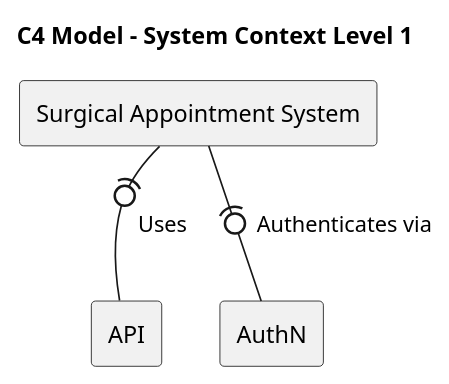
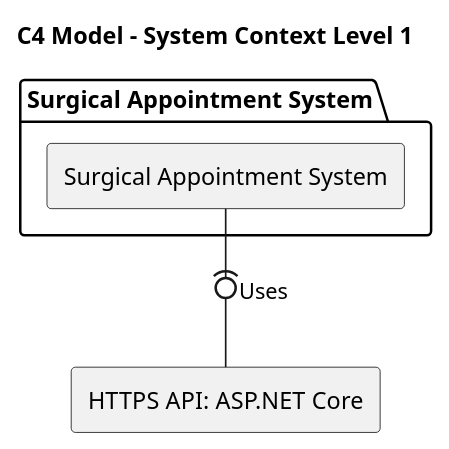
Before and after one commit to Departamento-de-Engenharia-Informatica/lapr5-24-25-g065: the diagram in docs/global-artifacts/C4model/level1.puml, drawn with PlantUML. The commit also changed 2 other files, not shown here.

```diff
--- a/docs/global-artifacts/C4model/level1.puml
+++ b/docs/global-artifacts/C4model/level1.puml
@@ -1,15 +1,13 @@
 @startuml
 
 title C4 Model - System Context Level 1
+package "Surgical Appointment System"{
+Rectangle "Surgical Appointment System" as System
+}
 
-Rectangle "Surgical Appointment System" as System
+Rectangle "HTTPS API: ASP.NET Core" as API
+
+System -(0- API : Uses
 
 
-Rectangle "API" as API
-Rectangle "AuthN" as AuthN
-
-
-System -(0- API : Uses
-System -(0- AuthN : Authenticates via
-
 @enduml
```
